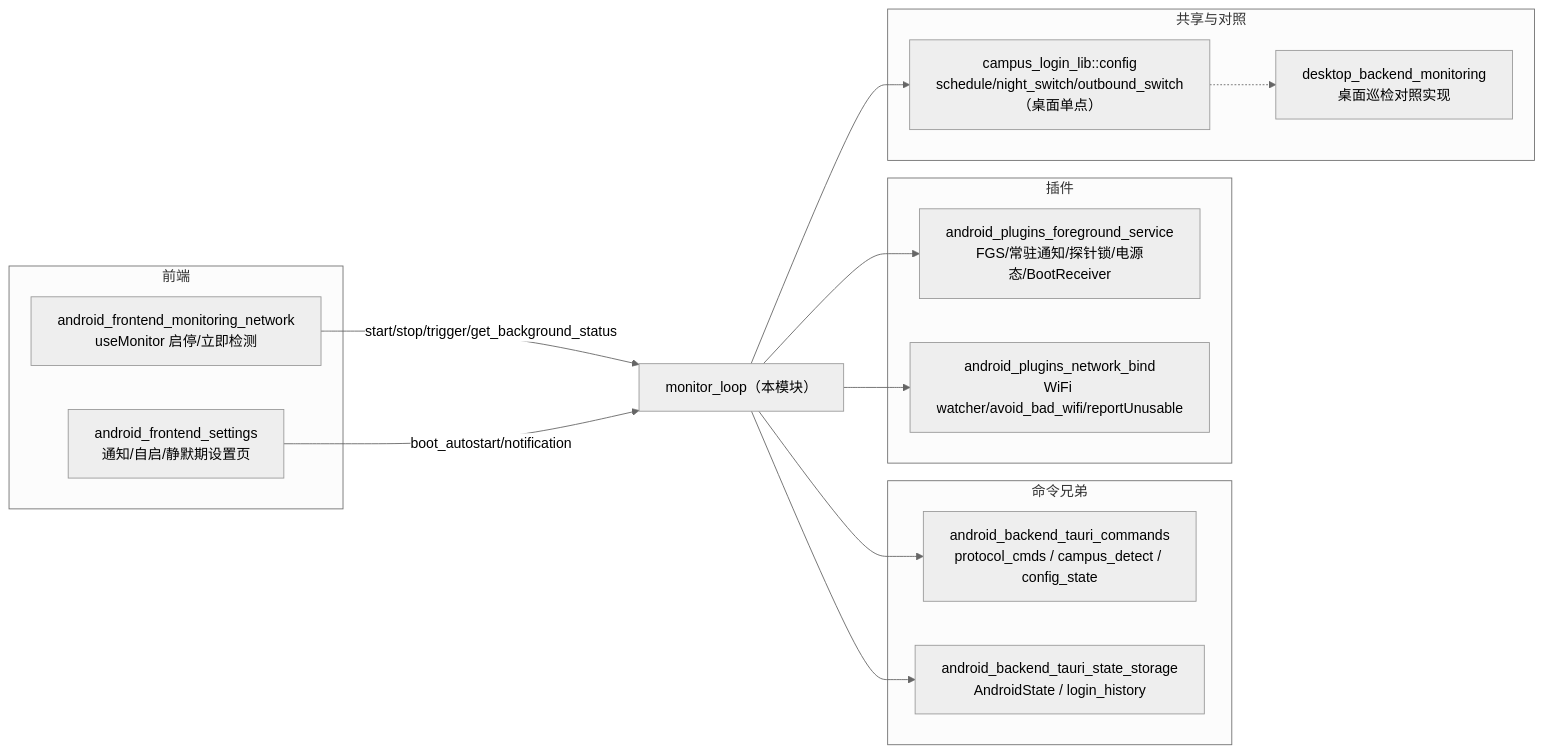
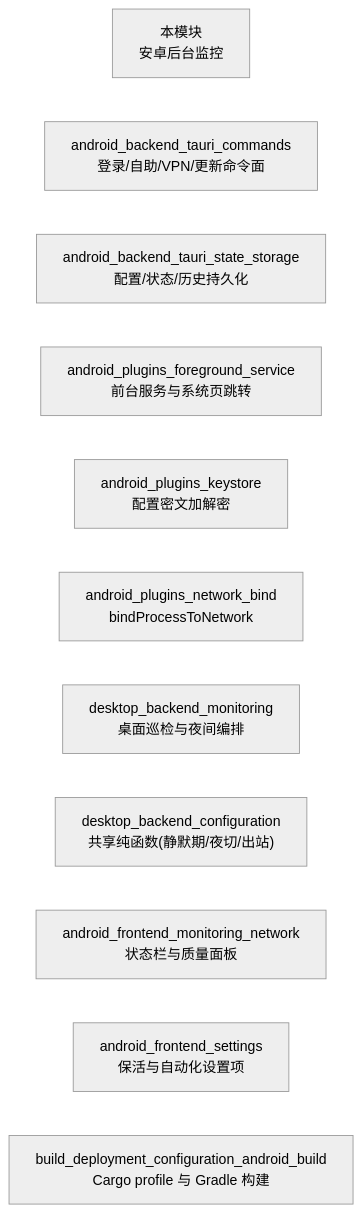
Before and after one commit to ikliml666/Wxxy-CampusLogin: the eighth of 8 diagrams in .codewiki/modules/android-backend-tauri-monitoring.md, drawn with Mermaid (neutral theme). The commit also changed other lines of this file and 34 other files, not shown here.

````diff
--- a/.codewiki/modules/android-backend-tauri-monitoring.md
+++ b/.codewiki/modules/android-backend-tauri-monitoring.md
@@ -413,33 +424,14 @@
 ```mermaid
 flowchart LR
-    subgraph 前端
-        UM2["android_frontend_monitoring_network<br/>useMonitor 启停/立即检测"]
-        US2["android_frontend_settings<br/>通知/自启/静默期设置页"]
-    end
-
-    subgraph 命令兄弟
-        PC2["android_backend_tauri_commands<br/>protocol_cmds / campus_detect / config_state"]
-        SS2["android_backend_tauri_state_storage<br/>AndroidState / login_history"]
-    end
-
-    subgraph 插件
-        FS2["android_plugins_foreground_service<br/>FGS/常驻通知/探针锁/电源态/BootReceiver"]
-        NB2["android_plugins_network_bind<br/>WiFi watcher/avoid_bad_wifi/reportUnusable"]
-    end
-
-    subgraph 共享与对照
-        LIB2["campus_login_lib::config<br/>schedule/night_switch/outbound_switch（桌面单点）"]
-        DBM["desktop_backend_monitoring<br/>桌面巡检对照实现"]
-    end
-
-    This["monitor_loop（本模块）"]
-
-    UM2 -->|"start/stop/trigger/get_background_status"| This
-    US2 -->|"boot_autostart/notification"| This
-    This --> PC2
-    This --> SS2
-    This --> FS2
-    This --> NB2
-    This --> LIB2
-    LIB2 -.-> DBM
+    MON["本模块<br/>安卓后台监控"]
+    CMD["android_backend_tauri_commands<br/>登录/自助/VPN/更新命令面"]
+    ST["android_backend_tauri_state_storage<br/>配置/状态/历史持久化"]
+    FS["android_plugins_foreground_service<br/>前台服务与系统页跳转"]
+    KS["android_plugins_keystore<br/>配置密文加解密"]
+    NB["android_plugins_network_bind<br/>bindProcessToNetwork"]
+    DB["desktop_backend_monitoring<br/>桌面巡检与夜间编排"]
+    DCFG["desktop_backend_configuration<br/>共享纯函数(静默期/夜切/出站)"]
+    FE["android_frontend_monitoring_network<br/>状态栏与质量面板"]
+    SET["android_frontend_settings<br/>保活与自动化设置项"]
+    BUILD["build_deployment_configuration_android_build<br/>Cargo profile 与 Gradle 构建"]
 ```
````
